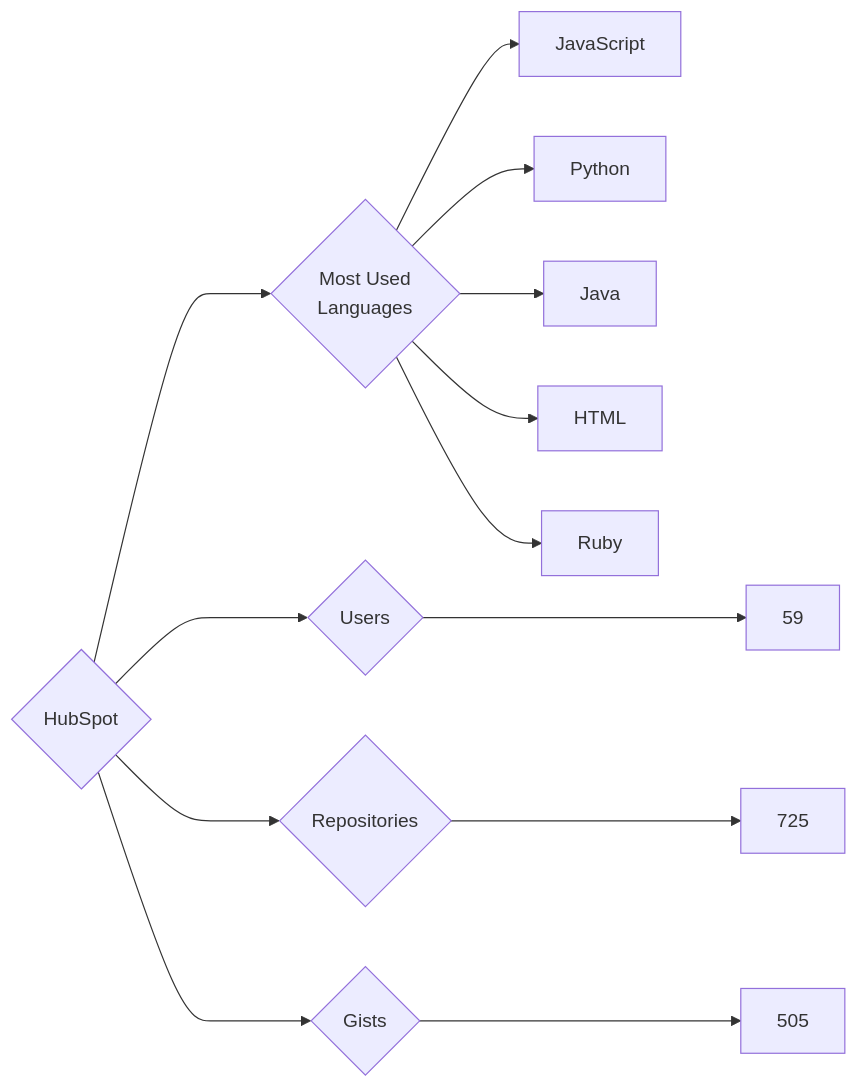
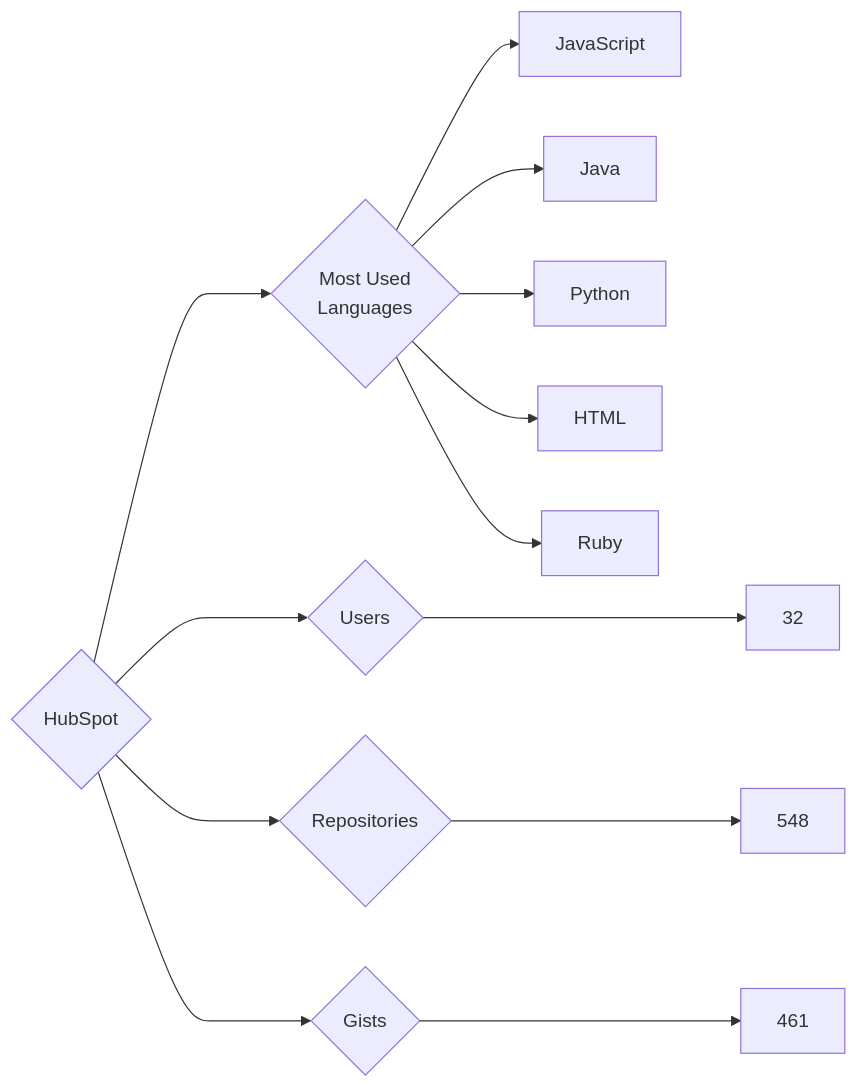
One commit to trickest/insiders changed the diagram in targets/HubSpot/README.md. Above: the diagram before and after it, drawn with Mermaid. The commit also changed 930 other files, not shown here.

````diff
--- a/targets/HubSpot/README.md
+++ b/targets/HubSpot/README.md
@@ -3,13 +3,13 @@
 ```mermaid
 graph LR
 COMPANY_NAME{HubSpot}
-COMPANY_NAME ---> U{Users} ---> UN[59]
-COMPANY_NAME ---> R{Repositories} ---> RN[725]
-COMPANY_NAME ---> G{Gists} ---> GN[505]
+COMPANY_NAME ---> U{Users} ---> UN[32]
+COMPANY_NAME ---> R{Repositories} ---> RN[548]
+COMPANY_NAME ---> G{Gists} ---> GN[461]
 COMPANY_NAME ---> ML{Most Used<br>Languages}
 ML --> JavaScript[JavaScript]
+ML --> Java[Java]
 ML --> Python[Python]
-ML --> Java[Java]
 ML --> HTML[HTML]
 ML --> Ruby[Ruby]
 ```
````
